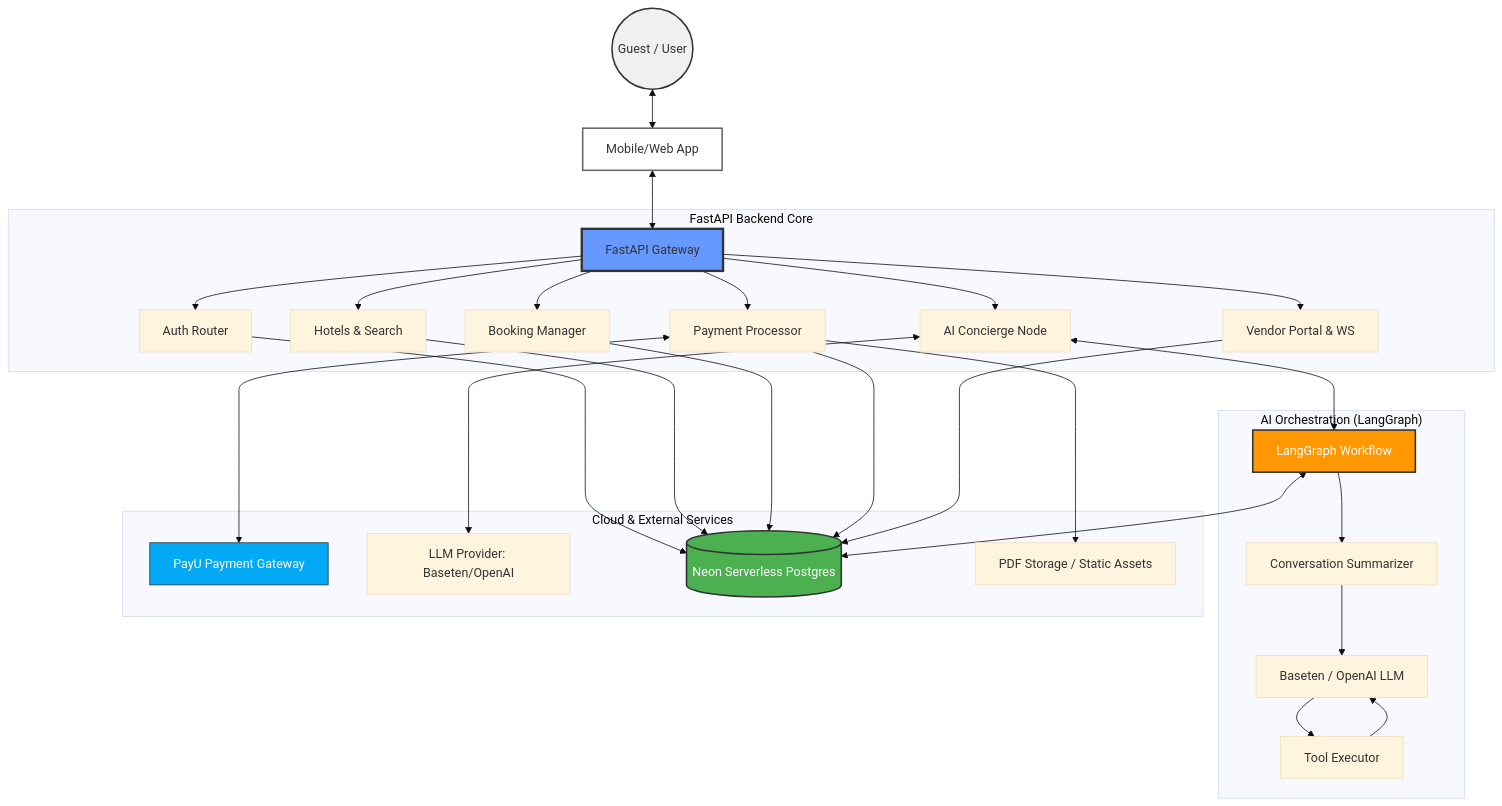
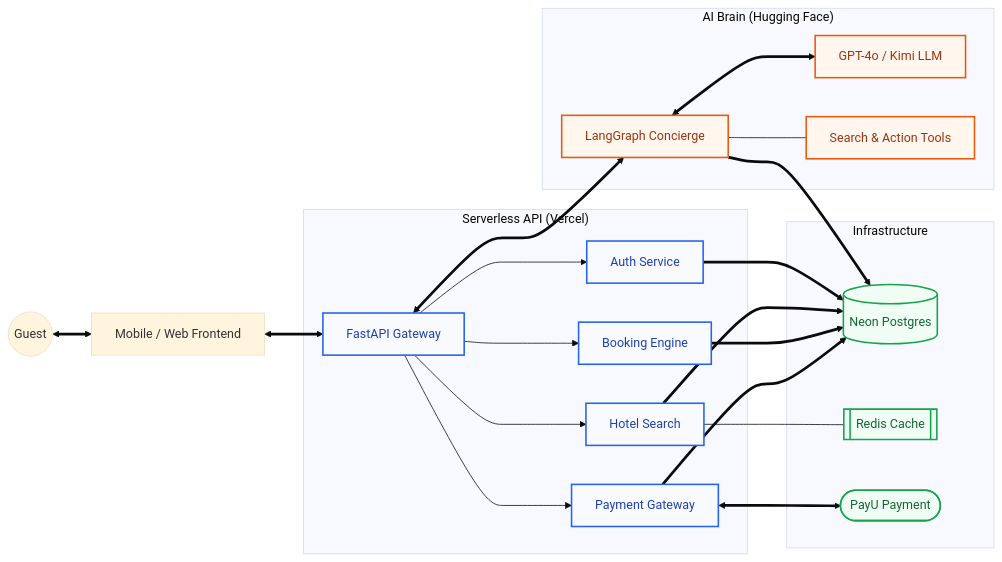
Before and after one commit to sreecharan-desu/arthik: the diagram in README.md, drawn with Mermaid (base theme). The commit also changed other lines of this file, not shown here.

Commit message:
docs: modernize architecture diagram and refine feature list

````diff
--- a/README.md
+++ b/README.md
@@ -28,66 +28,57 @@
 ```mermaid
-graph TD
-    %% Define User and Interface
-    User((Guest / User))
-    Frontend[Mobile/Web App]
+graph LR
+    %% Definitions
+    User((Guest))
+    UI[Mobile / Web Frontend]
 
-    %% API Gateway / Backend
-    subgraph "FastAPI Backend Core"
+    subgraph "Serverless API (Vercel)"
         API[FastAPI Gateway]
-        RouterAuth[Auth Router]
-        RouterHotel[Hotels & Search]
-        RouterBooking[Booking Manager]
-        RouterPayment[Payment Processor]
-        RouterVendor[Vendor Portal & WS]
-        RouterAgent[AI Concierge Node]
+        Auth[Auth Service]
+        Hotel[Hotel Search]
+        Booking[Booking Engine]
+        Payment[Payment Gateway]
     end
 
-    %% AI Infrastructure
-    subgraph "AI Orchestration (LangGraph)"
-        AgentFlow[LangGraph Workflow]
-        Summarizer[Conversation Summarizer]
-        ChatNode[Baseten / OpenAI LLM]
-        ToolNode[Tool Executor]
-
-        AgentFlow --> Summarizer
-        Summarizer --> ChatNode
-        ChatNode --> ToolNode
-        ToolNode --> ChatNode
+    subgraph "AI Brain (Hugging Face)"
+        Agent[LangGraph Concierge]
+        LLM[GPT-4o / Kimi LLM]
+        Tools[Search & Action Tools]
     end
 
-    %% External integrations
-    subgraph "Cloud & External Services"
-        PayU[PayU Payment Gateway]
-        LLMProvider[LLM Provider: Baseten/OpenAI]
-        Postgres[(Neon Serverless Postgres)]
-        S3[PDF Storage / Static Assets]
+    subgraph "Infrastructure"
+        DB[(Neon Postgres)]
+        Redis[[Redis Cache]]
+        PayU([PayU Payment])
     end
 
-    %% Connections
-    User <--> Frontend
-    Frontend <--> API
+    %% Flow
+    User <==> UI
+    UI <==> API
 
-    API --> RouterAuth
-    API --> RouterHotel
-    API --> RouterBooking
-    API --> RouterPayment
-    API --> RouterVendor
-    API --> RouterAgent
+    %% API Routing
+    API ---> Auth
+    API ---> Hotel
+    API ---> Booking
+    API ---> Payment
+    API <==> Agent
 
-    RouterAgent <--> AgentFlow
-    AgentFlow <--> Postgres
+    %% Internal Connections
+    Hotel --- Redis
+    Agent <==> LLM
+    Agent --- Tools
 
-    RouterPayment <--> PayU
-    RouterAgent <--> LLMProvider
+    %% Database Links
+    Auth & Hotel & Booking & Payment & Agent ==> DB
 
-    RouterAuth & RouterHotel & RouterBooking & RouterPayment & RouterVendor --> Postgres
-    RouterPayment --> S3
+    %% External
+    Payment <==> PayU
 
     %% Styling
-    style User fill:#f0f0f0,stroke:#333,stroke-width:2px
-    style Frontend fill:#fff,stroke:#666,stroke-width:2px
-    style API fill:#69f,stroke:#333,stroke-width:3px
-    style Postgres fill:#4CAF50,stroke:#333,stroke-width:2px,color:#fff
-    style AgentFlow fill:#FF9800,stroke:#333,stroke-width:2px,color:#fff
-    style PayU fill:#03A9F4,stroke:#333,stroke-width:1px,color:#fff
+    classDef core fill:#f9fafd,stroke:#2563eb,stroke-width:2px,color:#1e40af
+    classDef infra fill:#f0fdf4,stroke:#16a34a,stroke-width:2px,color:#166534
+    classDef ai fill:#fff7ed,stroke:#ea580c,stroke-width:2px,color:#9a3412
+
+    class API,Auth,Hotel,Booking,Payment core
+    class DB,Redis,PayU infra
+    class Agent,LLM,Tools ai
 ```
````
